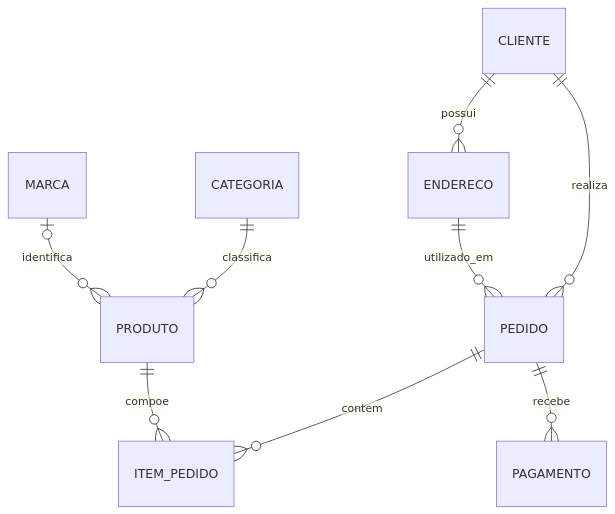
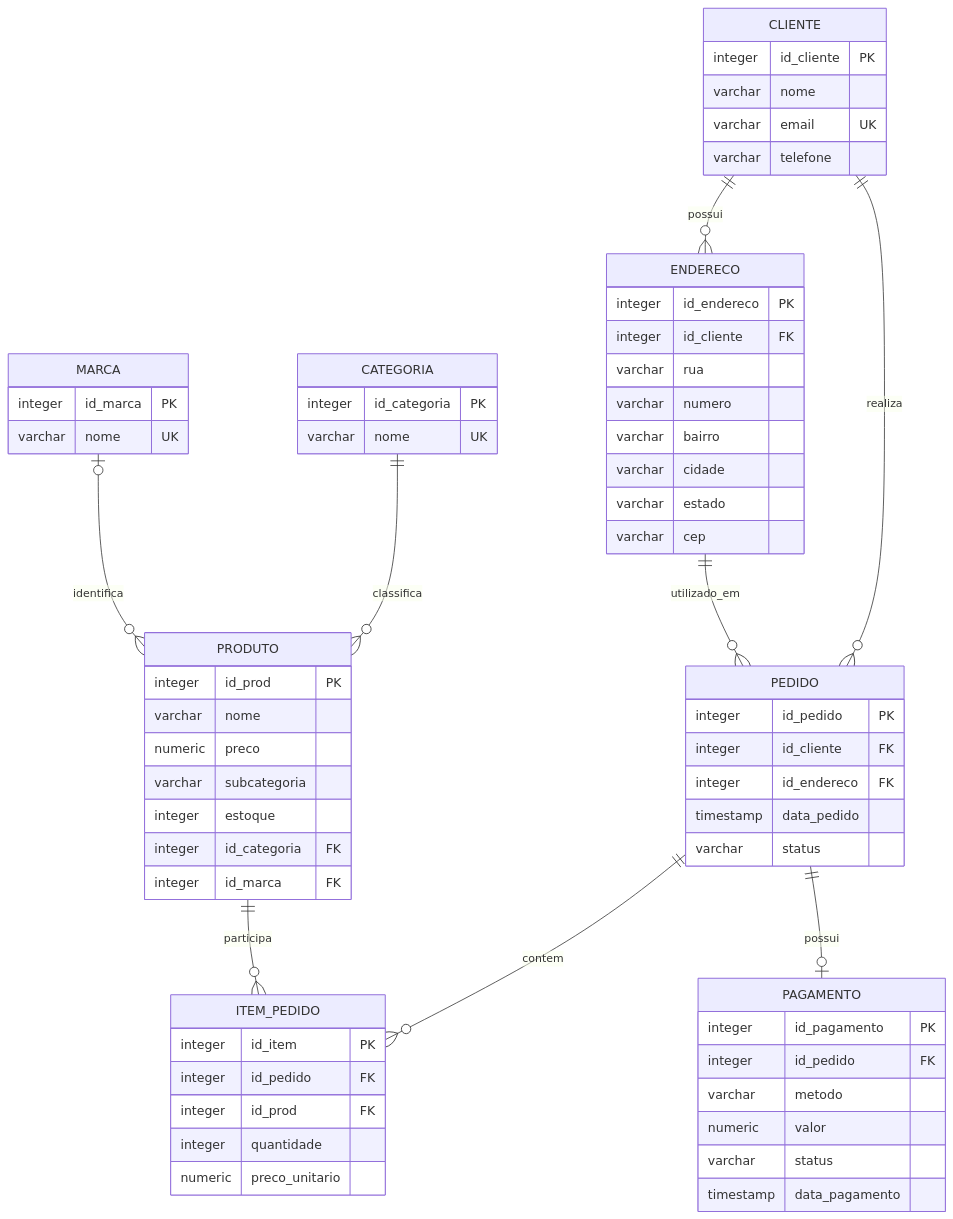
Before and after one commit to rhuanm1/projeto-banco-de-dados: the diagram in README.md, drawn with Mermaid. The commit also changed other lines of this file, not shown here.

````diff
--- a/README.md
+++ b/README.md
@@ -180,11 +71,74 @@
 ```mermaid
 erDiagram
     CLIENTE ||--o{ ENDERECO : possui
     CLIENTE ||--o{ PEDIDO : realiza
     ENDERECO ||--o{ PEDIDO : utilizado_em
     CATEGORIA ||--o{ PRODUTO : classifica
     MARCA o|--o{ PRODUTO : identifica
     PEDIDO ||--o{ ITEM_PEDIDO : contem
-    PRODUTO ||--o{ ITEM_PEDIDO : compoe
-    PEDIDO ||--o{ PAGAMENTO : recebe
+    PRODUTO ||--o{ ITEM_PEDIDO : participa
+    PEDIDO ||--o| PAGAMENTO : possui
+
+    CLIENTE {
+        integer id_cliente PK
+        varchar nome
+        varchar email UK
+        varchar telefone
+    }
+
+    ENDERECO {
+        integer id_endereco PK
+        integer id_cliente FK
+        varchar rua
+        varchar numero
+        varchar bairro
+        varchar cidade
+        varchar estado
+        varchar cep
+    }
+
+    CATEGORIA {
+        integer id_categoria PK
+        varchar nome UK
+    }
+
+    MARCA {
+        integer id_marca PK
+        varchar nome UK
+    }
+
+    PRODUTO {
+        integer id_prod PK
+        varchar nome
+        numeric preco
+        varchar subcategoria
+        integer estoque
+        integer id_categoria FK
+        integer id_marca FK
+    }
+
+    PEDIDO {
+        integer id_pedido PK
+        integer id_cliente FK
+        integer id_endereco FK
+        timestamp data_pedido
+        varchar status
+    }
+
+    ITEM_PEDIDO {
+        integer id_item PK
+        integer id_pedido FK
+        integer id_prod FK
+        integer quantidade
+        numeric preco_unitario
+    }
+
+    PAGAMENTO {
+        integer id_pagamento PK
+        integer id_pedido FK
+        varchar metodo
+        numeric valor
+        varchar status
+        timestamp data_pagamento
+    }
 ```
````
